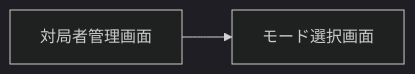
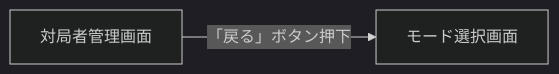
Before and after one commit to kongou71905/fs-test-app: the second of 3 diagrams in docs/05_Screen-Flowchart.md, drawn with Mermaid (dark theme). The commit also changed other lines of this file, not shown here.

````diff
--- a/docs/05_Screen-Flowchart.md
+++ b/docs/05_Screen-Flowchart.md
@@ -12,4 +12,4 @@
 ```mermaid
 flowchart LR
-	02-kanri[対局者管理画面] --> 01-top[モード選択画面]
+	02-kanri[対局者管理画面] -- 「戻る」ボタン押下 --> 01-top[モード選択画面]
 ```
````
